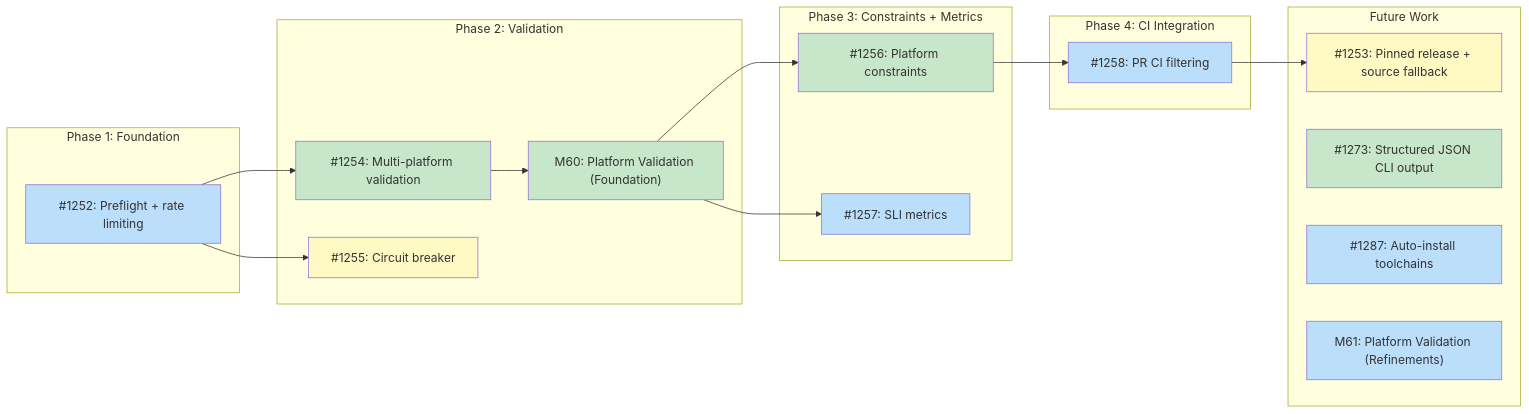
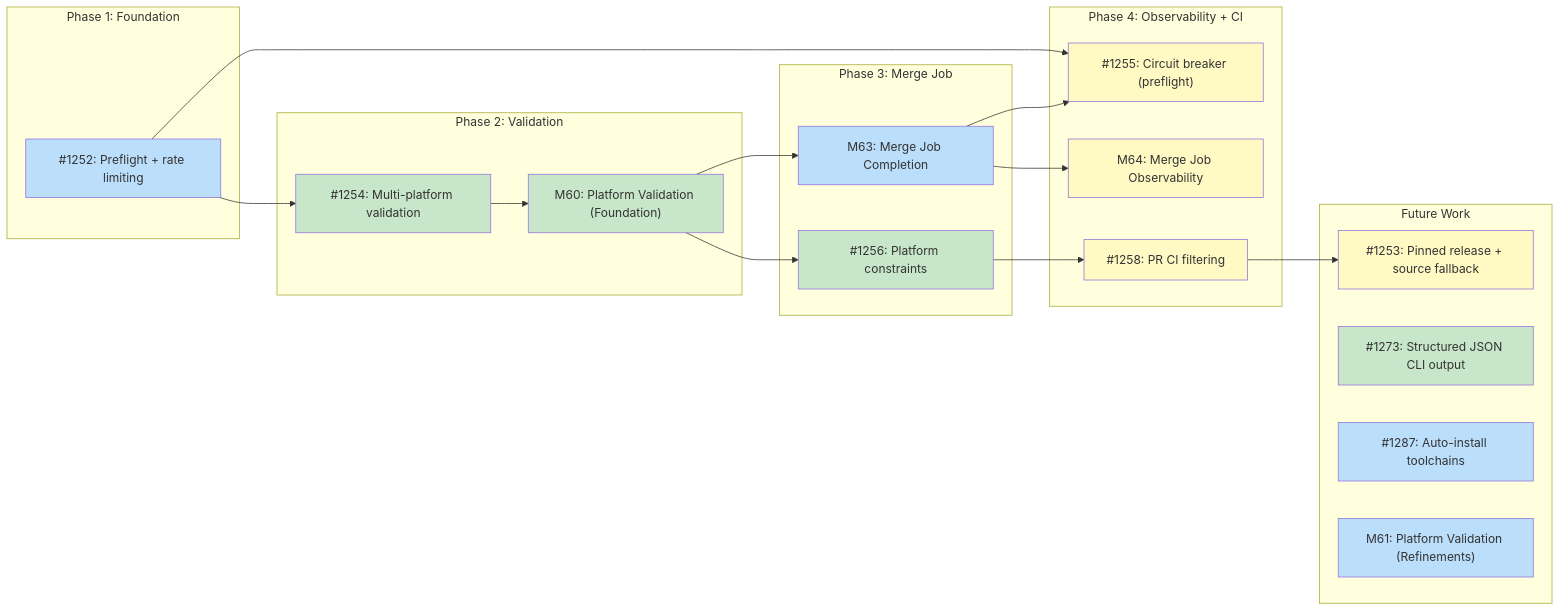
One commit to tsukumogami/tsuku changed the diagram in docs/designs/DESIGN-batch-recipe-generation.md. Above: the diagram before and after it, drawn with Mermaid. The commit also changed other lines of this file and 1 other file, not shown here.

Commit message:
docs(design): split M63 into core and observability milestones
Split Merge Job Completion into two milestones matching the pattern
from DESIGN-batch-platform-validation.md (M60/M61):

- M63 (Merge Job Completion): batch_id, recipe tracking, circuit
  breaker updates, queue sync — core functionality for a working
  pipeline
- M64 (Merge Job Observability): SLI metrics, auto-merge gating —
  improvements needed at scale but not blocking pipeline operation

Update DESIGN-batch-recipe-generation.md to reference M63/M64 in
the issues table and dependency graph. Close #1257 as superseded
by #1351 (M64).

````diff
--- a/docs/designs/DESIGN-batch-recipe-generation.md
+++ b/docs/designs/DESIGN-batch-recipe-generation.md
@@ -32,49 +34,49 @@
 ```mermaid
 graph LR
     subgraph Phase1["Phase 1: Foundation"]
         I1252["#1252: Preflight + rate limiting"]
     end
 
     subgraph Phase2["Phase 2: Validation"]
         I1254["#1254: Multi-platform validation"]
-        I1255["#1255: Circuit breaker"]
         M60["M60: Platform Validation (Foundation)"]
     end
 
-    subgraph Phase3["Phase 3: Constraints + Metrics"]
+    subgraph Phase3["Phase 3: Merge Job"]
         I1256["#1256: Platform constraints"]
-        I1257["#1257: SLI metrics"]
+        M63["M63: Merge Job Completion"]
     end
 
-    subgraph Phase4["Phase 4: CI Integration"]
+    subgraph Phase4["Phase 4: Observability + CI"]
+        I1255["#1255: Circuit breaker (preflight)"]
+        M64["M64: Merge Job Observability"]
         I1258["#1258: PR CI filtering"]
     end
 
     subgraph Future["Future Work"]
         I1253["#1253: Pinned release + source fallback"]
         I1273["#1273: Structured JSON CLI output"]
         I1287["#1287: Auto-install toolchains"]
         M61["M61: Platform Validation (Refinements)"]
     end
 
     I1252 --> I1254
-    I1252 --> I1255
     I1254 --> M60
     M60 --> I1256
-    M60 --> I1257
+    M60 --> M63
     I1256 --> I1258
     I1258 --> I1253
+    M63 --> I1255
+    I1252 --> I1255
+    M63 --> M64
 
     classDef done fill:#c8e6c9
     classDef ready fill:#bbdefb
     classDef blocked fill:#fff9c4
     classDef needsDesign fill:#e1bee7
 
-    class I1252 ready
-    class I1253 blocked
     class I1254,I1273 done
-    class I1252,I1287,M61 ready
     class M60,I1256 done
-    class I1255 blocked
-    class I1257,I1258 ready
+    class I1252,I1287,M61,M63 ready
+    class I1253,I1255,I1258,M64 blocked
 ```
````
